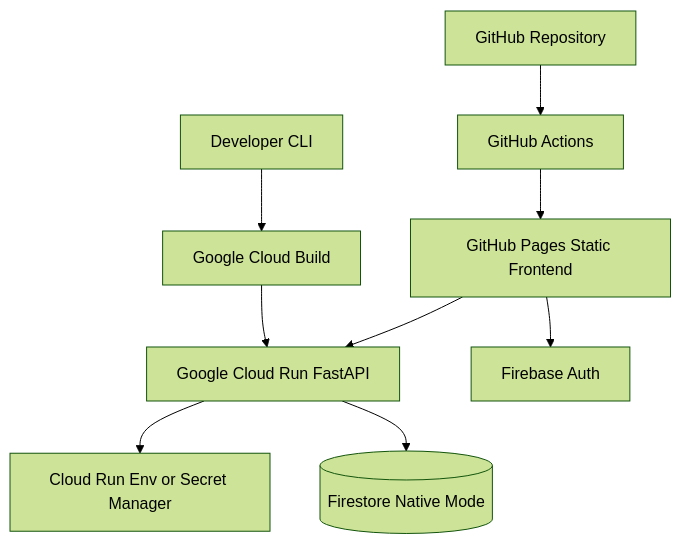
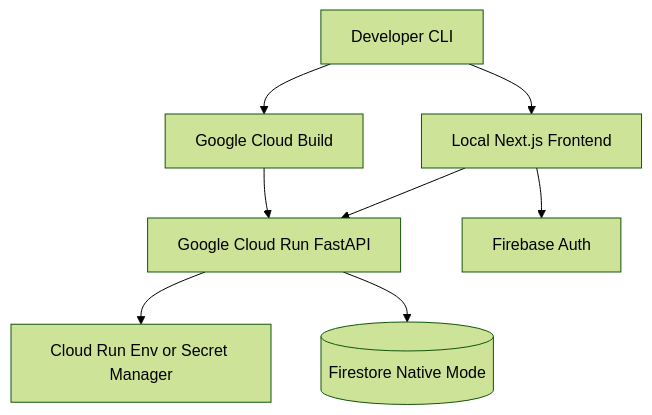
One commit to salkhan-ops/rehearseai changed the second of 2 diagrams in docs/architecture.md. Above: the diagram before and after it, drawn with Mermaid (forest theme). The commit also changed other lines of this file and 6 other files, not shown here.

````diff
--- a/docs/architecture.md
+++ b/docs/architecture.md
@@ -241,11 +241,10 @@
 ```mermaid
 flowchart TB
-  GitHub[GitHub Repository] --> Actions[GitHub Actions]
-  Actions --> Pages[GitHub Pages Static Frontend]
+  Developer[Developer CLI] --> Frontend[Local Next.js Frontend]
   Developer[Developer CLI] --> CloudBuild[Google Cloud Build]
   CloudBuild --> CloudRun[Google Cloud Run FastAPI]
   CloudRun --> SecretManager[Cloud Run Env or Secret Manager]
   CloudRun --> Firestore[(Firestore Native Mode)]
-  Pages --> CloudRun
-  Pages --> Firebase[Firebase Auth]
+  Frontend --> CloudRun
+  Frontend --> Firebase[Firebase Auth]
 ```
````
